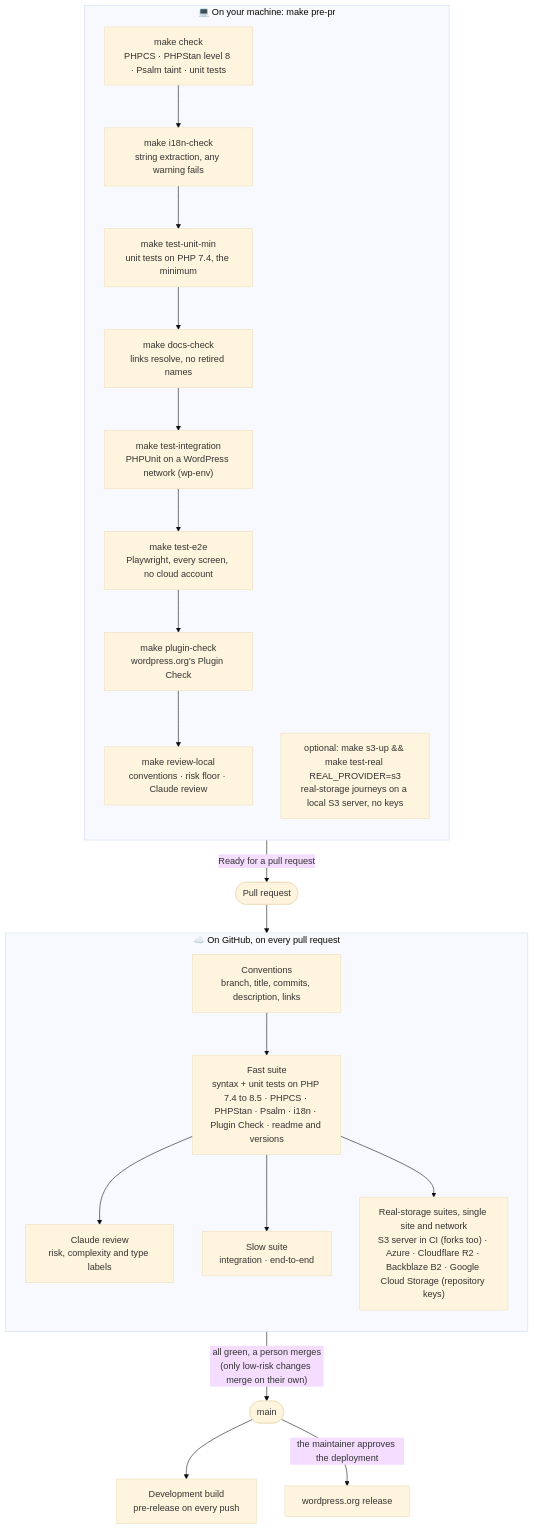
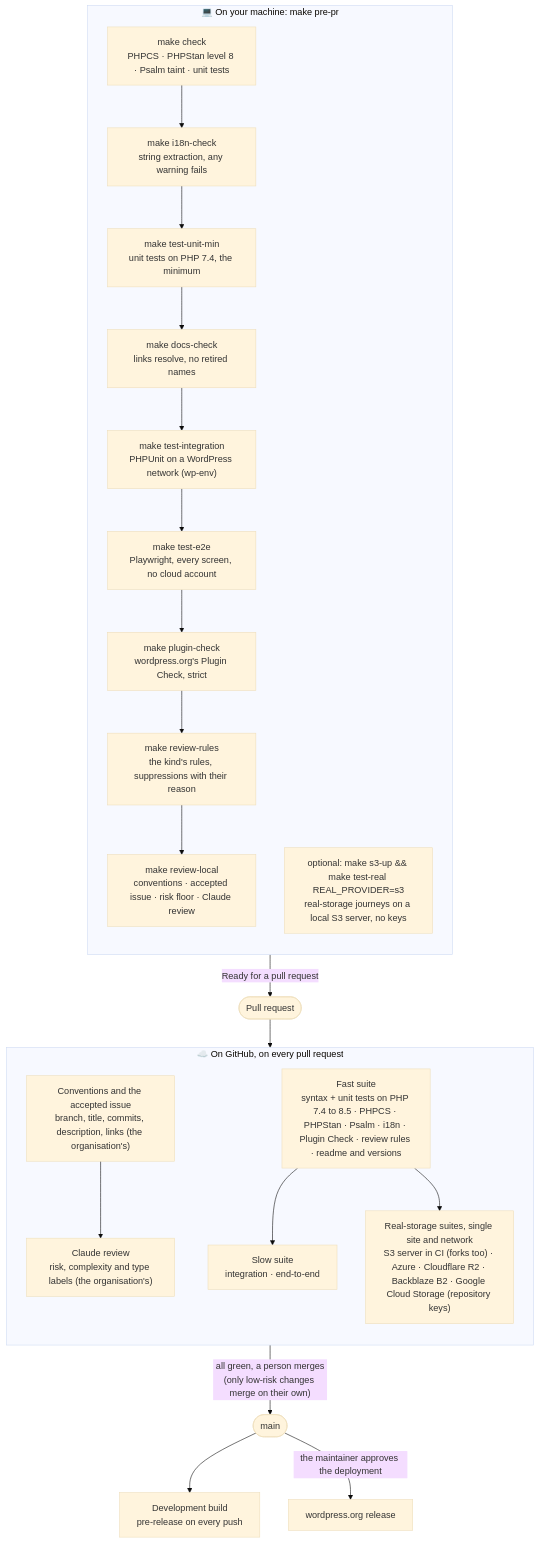
One commit to DiluxOne/diluxone-offload-wordpress changed the diagram in README.md. Above: the diagram before and after it, drawn with Mermaid (base theme). The commit also changed other lines of this file and 25 other files, not shown here.

````diff
--- a/README.md
+++ b/README.md
@@ -95,35 +95,36 @@
 ```mermaid
 flowchart TB
     subgraph LOCAL["💻 On your machine: make pre-pr"]
         direction TB
         L1["make check<br/>PHPCS · PHPStan level 8 · Psalm taint · unit tests"]
         L1b["make i18n-check<br/>string extraction, any warning fails"]
         L2["make test-unit-min<br/>unit tests on PHP 7.4, the minimum"]
         L3["make docs-check<br/>links resolve, no retired names"]
         L4["make test-integration<br/>PHPUnit on a WordPress network (wp-env)"]
         L5["make test-e2e<br/>Playwright, every screen, no cloud account"]
-        L6["make plugin-check<br/>wordpress.org's Plugin Check"]
-        L7["make review-local<br/>conventions · risk floor · Claude review"]
-        L1 --> L1b --> L2 --> L3 --> L4 --> L5 --> L6 --> L7
+        L6["make plugin-check<br/>wordpress.org's Plugin Check, strict"]
+        L6b["make review-rules<br/>the kind's rules, suppressions with their reason"]
+        L7["make review-local<br/>conventions · accepted issue · risk floor · Claude review"]
+        L1 --> L1b --> L2 --> L3 --> L4 --> L5 --> L6 --> L6b --> L7
         L8["optional: make s3-up && make test-real REAL_PROVIDER=s3<br/>real-storage journeys on a local S3 server, no keys"]
     end
 
     L7 -->|"Ready for a pull request"| PR(["Pull request"])
 
     subgraph CI["☁️ On GitHub, on every pull request"]
         direction TB
-        C1["Conventions<br/>branch, title, commits, description, links"]
-        C2["Fast suite<br/>syntax + unit tests on PHP 7.4 to 8.5 · PHPCS · PHPStan · Psalm · i18n · Plugin Check · readme and versions"]
-        C3["Claude review<br/>risk, complexity and type labels"]
+        C1["Conventions and the accepted issue<br/>branch, title, commits, description, links (the organisation's)"]
+        C3["Claude review<br/>risk, complexity and type labels (the organisation's)"]
+        C2["Fast suite<br/>syntax + unit tests on PHP 7.4 to 8.5 · PHPCS · PHPStan · Psalm · i18n · Plugin Check · review rules · readme and versions"]
         C4["Slow suite<br/>integration · end-to-end"]
         C5["Real-storage suites, single site and network<br/>S3 server in CI (forks too) · Azure · Cloudflare R2 · Backblaze B2 · Google Cloud Storage (repository keys)"]
-        C1 --> C2 --> C3
+        C1 --> C3
         C2 --> C4
         C2 --> C5
     end
 
     PR --> CI
     CI -->|"all green, a person merges<br/>(only low-risk changes merge on their own)"| MAIN(["main"])
     MAIN --> DEV["Development build<br/>pre-release on every push"]
     MAIN -->|"the maintainer approves the deployment"| WPORG["wordpress.org release"]
 ```
````
